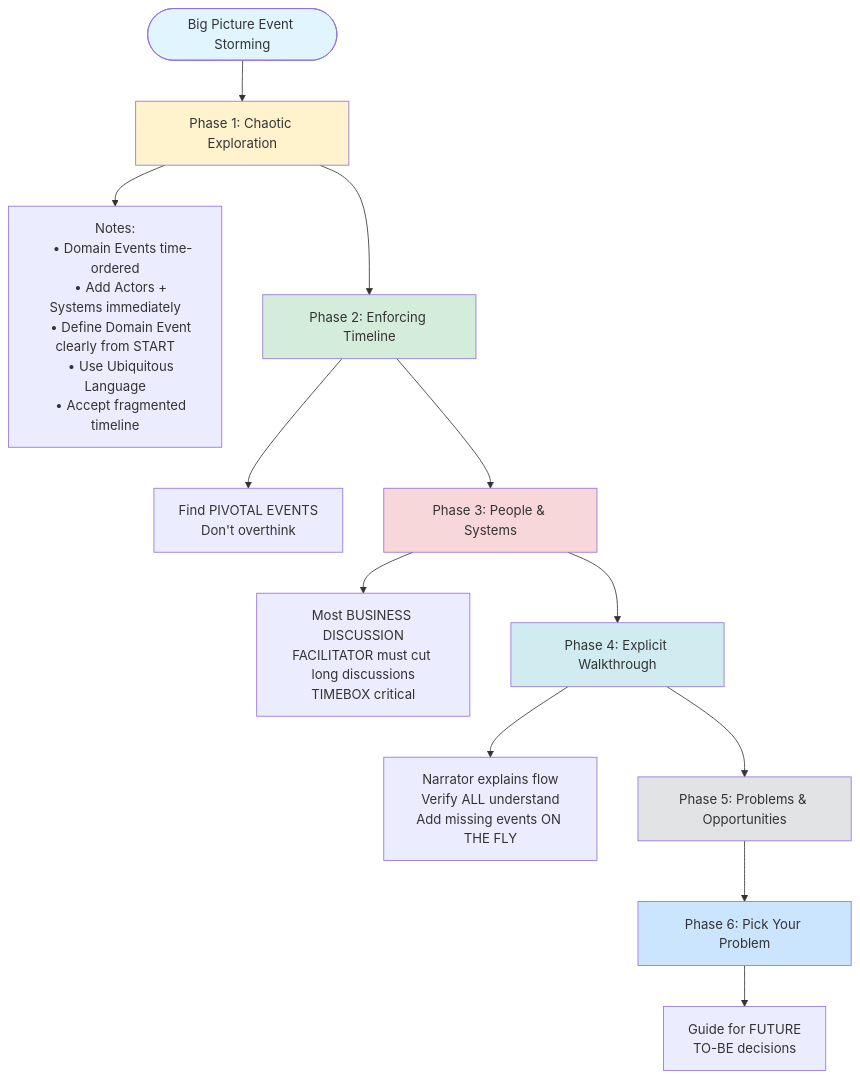
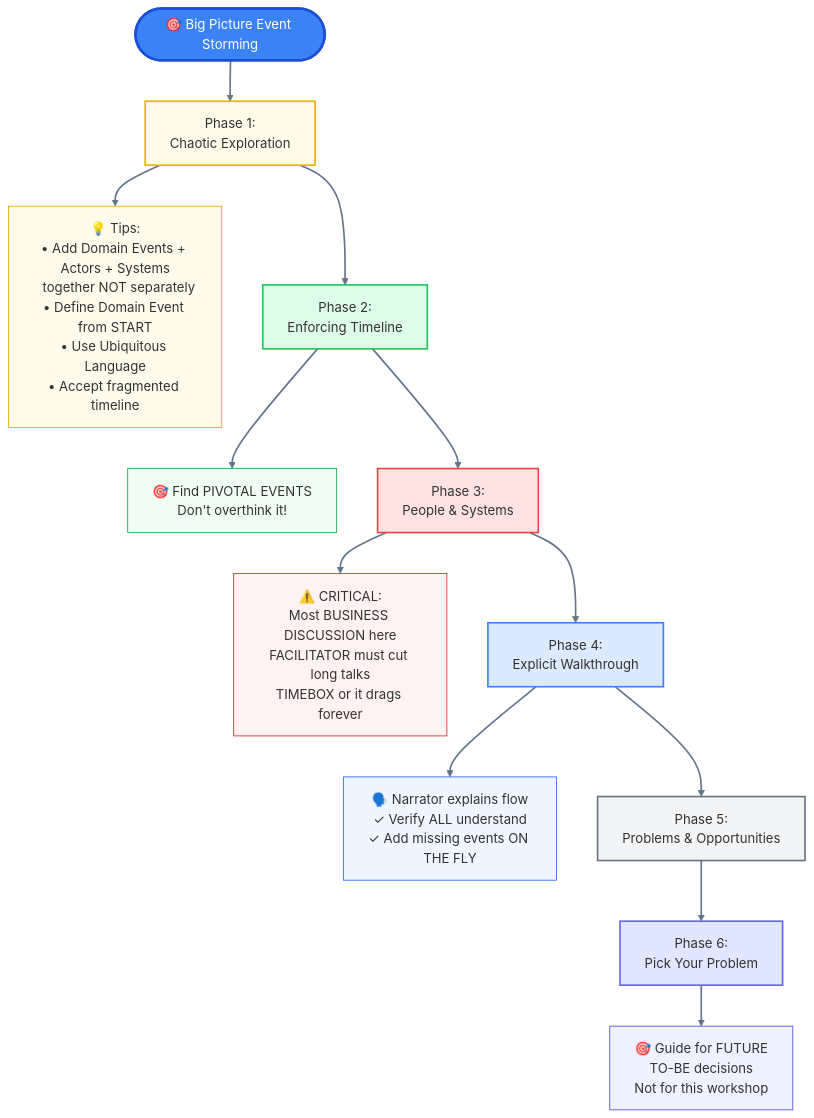
The first of 7 diagrams in 00-INBOX/practical-ddd-big-picture-eventstorming.md (jirayusueb/memo-vault), drawn with Mermaid before and after one commit. The commit also changed other lines of this file, not shown here.

Commit message:
Remove: Excalidraw, enhance Mermaid + PlantUML with custom theme

````diff
--- a/00-INBOX/practical-ddd-big-picture-eventstorming.md
+++ b/00-INBOX/practical-ddd-big-picture-eventstorming.md
@@ -10,37 +22,39 @@
 ```mermaid
 graph TD
-    Start([Big Picture Event Storming]) --> P1[Phase 1: Chaotic Exploration]
+    Start([🎯 Big Picture Event Storming]) --> P1[Phase 1:<br/>Chaotic Exploration]
 
-    P1 --> P1Notes[Notes:
-    • Domain Events time-ordered
-    • Add Actors + Systems immediately
-    • Define Domain Event clearly from START
-    • Use Ubiquitous Language
-    • Accept fragmented timeline]
+    P1 --> P1Tips[💡 Tips:<br/>• Add Domain Events + Actors + Systems<br/>  together NOT separately<br/>• Define Domain Event from START<br/>• Use Ubiquitous Language<br/>• Accept fragmented timeline]
 
-    P1 --> P2[Phase 2: Enforcing Timeline]
+    P1 --> P2[Phase 2:<br/>Enforcing Timeline]
 
-    P2 --> P2Notes[Find PIVOTAL EVENTS<br/>Don't overthink]
+    P2 --> P2Tips[🎯 Find PIVOTAL EVENTS<br/>Don't overthink it!]
 
-    P2 --> P3[Phase 3: People & Systems]
+    P2 --> P3[Phase 3:<br/>People & Systems]
 
-    P3 --> P3Notes[Most BUSINESS DISCUSSION<br/>FACILITATOR must cut long discussions<br/>TIMEBOX critical]
+    P3 --> P3Tips[⚠️ CRITICAL:<br/>Most BUSINESS DISCUSSION here<br/>FACILITATOR must cut long talks<br/>TIMEBOX or it drags forever]
 
-    P3 --> P4[Phase 4: Explicit Walkthrough]
+    P3 --> P4[Phase 4:<br/>Explicit Walkthrough]
 
-    P4 --> P4Notes[Narrator explains flow<br/>Verify ALL understand<br/>Add missing events ON THE FLY]
+    P4 --> P4Tips[🗣️ Narrator explains flow<br/>✓ Verify ALL understand<br/>✓ Add missing events ON THE FLY]
 
-    P4 --> P5[Phase 5: Problems & Opportunities]
+    P4 --> P5[Phase 5:<br/>Problems & Opportunities]
 
-    P5 --> P6[Phase 6: Pick Your Problem]
+    P5 --> P6[Phase 6:<br/>Pick Your Problem]
 
-    P6 --> P6Notes[Guide for FUTURE<br/>TO-BE decisions]
+    P6 --> P6Tips[🎯 Guide for FUTURE<br/>TO-BE decisions<br/>Not for this workshop]
 
-    style Start fill:#e1f5ff
-    style P1 fill:#fff3cd
-    style P2 fill:#d4edda
-    style P3 fill:#f8d7da
-    style P4 fill:#d1ecf1
-    style P5 fill:#e2e3e5
-    style P6 fill:#cce5ff
+    style Start fill:#3b82f6,stroke:#1d4ed8,color:#fff,stroke-width:3px
+    style P1 fill:#fefce8,stroke:#eab308,stroke-width:2px
+    style P2 fill:#dcfce7,stroke:#22c55e,stroke-width:2px
+    style P3 fill:#fee2e2,stroke:#ef4444,stroke-width:2px
+    style P4 fill:#dbeafe,stroke:#3b82f6,stroke-width:2px
+    style P5 fill:#f3f4f6,stroke:#6b7280,stroke-width:2px
+    style P6 fill:#e0e7ff,stroke:#6366f1,stroke-width:2px
+    style P1Tips fill:#fffbeb,stroke:#f59e0b,stroke-width:1px
+    style P2Tips fill:#f0fdf4,stroke:#16a34a,stroke-width:1px
+    style P3Tips fill:#fef2f2,stroke:#dc2626,stroke-width:1px
+    style P4Tips fill:#eff6ff,stroke:#2563eb,stroke-width:1px
+    style P6Tips fill:#eef2ff,stroke:#4f46e5,stroke-width:1px
+
+    linkStyle default stroke:#64748b,stroke-width:2px
 ```
````
